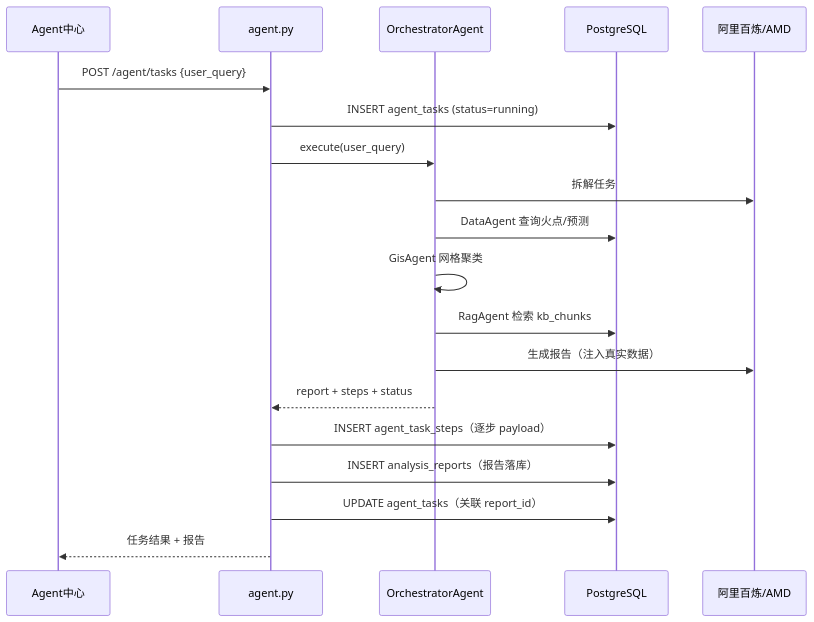
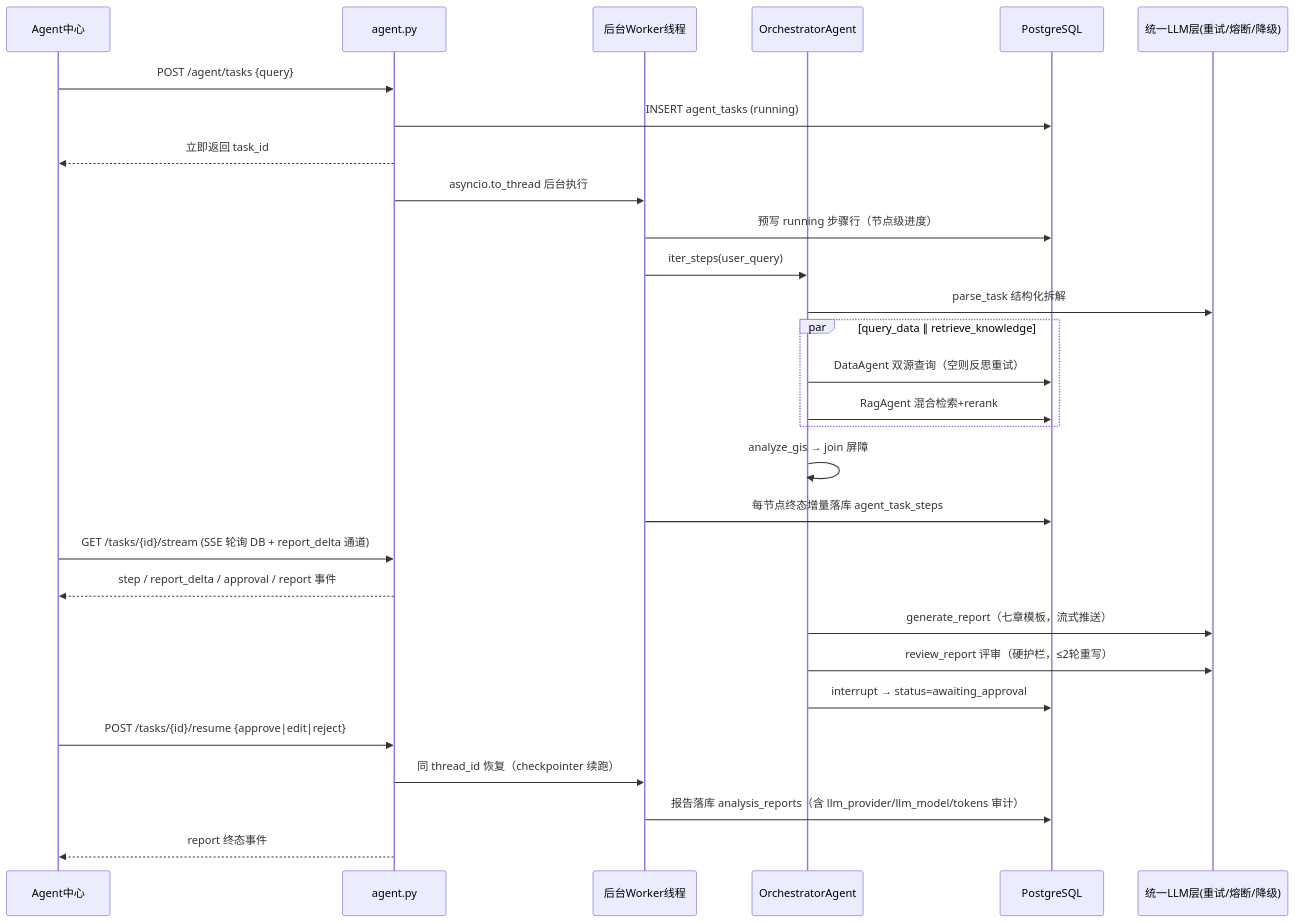
Before and after one commit to wjl-cong/fire_agent: the ninth of 16 diagrams in README.md, drawn with Mermaid. The commit also changed other lines of this file and 422 other files, not shown here.

````diff
--- a/README.md
+++ b/README.md
@@ -747,22 +765,32 @@
 ```mermaid
 sequenceDiagram
     participant FE as Agent中心
     participant API as agent.py
+    participant W as 后台Worker线程
     participant OA as OrchestratorAgent
     participant DB as PostgreSQL
-    participant LLM as 阿里百炼/AMD
+    participant LLM as 统一LLM层(重试/熔断/降级)
 
-    FE->>API: POST /agent/tasks {user_query}
-    API->>DB: INSERT agent_tasks (status=running)
-    API->>OA: execute(user_query)
-    OA->>LLM: 拆解任务
-    OA->>DB: DataAgent 查询火点/预测
-    OA->>OA: GisAgent 网格聚类
-    OA->>DB: RagAgent 检索 kb_chunks
-    OA->>LLM: 生成报告（注入真实数据）
-    OA-->>API: report + steps + status
-    API->>DB: INSERT agent_task_steps（逐步 payload）
-    API->>DB: INSERT analysis_reports（报告落库）
-    API->>DB: UPDATE agent_tasks（关联 report_id）
-    API-->>FE: 任务结果 + 报告
+    FE->>API: POST /agent/tasks {query}
+    API->>DB: INSERT agent_tasks (running)
+    API-->>FE: 立即返回 task_id
+    API->>W: asyncio.to_thread 后台执行
+    W->>DB: 预写 running 步骤行（节点级进度）
+    W->>OA: iter_steps(user_query)
+    OA->>LLM: parse_task 结构化拆解
+    par query_data ∥ retrieve_knowledge
+        OA->>DB: DataAgent 双源查询（空则反思重试）
+        OA->>DB: RagAgent 混合检索+rerank
+    end
+    OA->>OA: analyze_gis → join 屏障
+    W->>DB: 每节点终态增量落库 agent_task_steps
+    FE->>API: GET /tasks/{id}/stream (SSE 轮询 DB + report_delta 通道)
+    API-->>FE: step / report_delta / approval / report 事件
+    OA->>LLM: generate_report（七章模板，流式推送）
+    OA->>LLM: review_report 评审（硬护栏，≤2轮重写）
+    OA->>DB: interrupt → status=awaiting_approval
+    FE->>API: POST /tasks/{id}/resume {approve|edit|reject}
+    API->>W: 同 thread_id 恢复（checkpointer 续跑）
+    W->>DB: 报告落库 analysis_reports（含 llm_provider/llm_model/tokens 审计）
+    API-->>FE: report 终态事件
 ```
````
